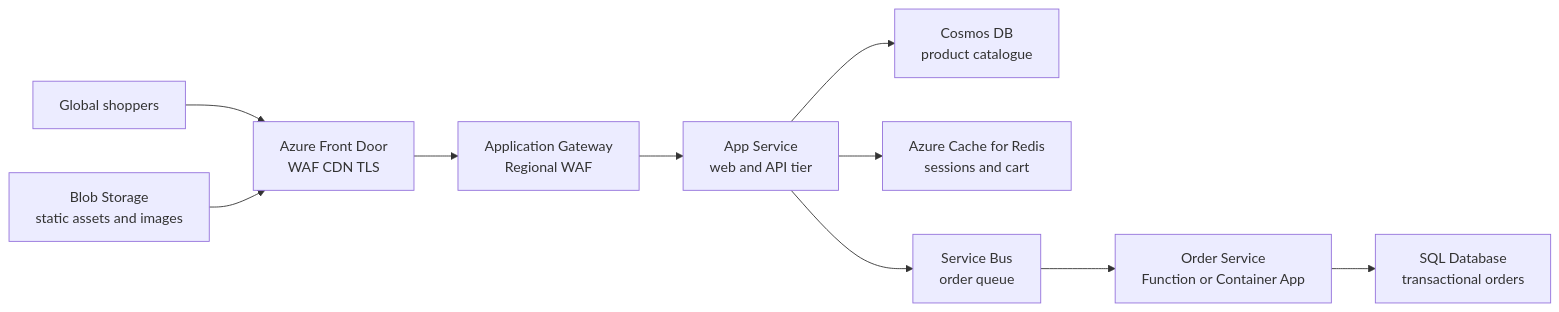
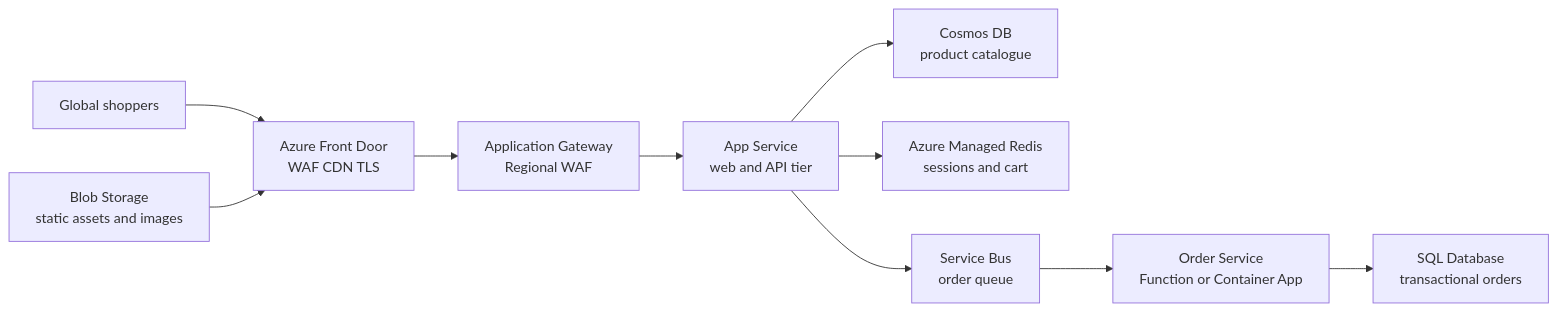
Before and after one commit to marcogrimaldi29/az-305-study-notes: diagram 13 of 14 in 07-azure-architectures.md, drawn with Mermaid. The commit also changed other lines of this file, not shown here.

Commit message:
Updated naming for AMR

````diff
--- a/07-azure-architectures.md
+++ b/07-azure-architectures.md
@@ -577,12 +577,12 @@
 ```mermaid
 graph LR
     USERS[Global shoppers] --> AFD3[Azure Front Door\nWAF CDN TLS]
     AFD3 --> AGW3[Application Gateway\nRegional WAF]
     AGW3 --> WEB[App Service\nweb and API tier]
     WEB --> COSMOS3[Cosmos DB\nproduct catalogue]
-    WEB --> REDIS[Azure Cache for Redis\nsessions and cart]
+    WEB --> REDIS[Azure Managed Redis\nsessions and cart]
     WEB --> SB3[Service Bus\norder queue]
     SB3 --> ORD[Order Service\nFunction or Container App]
     ORD --> SQLR[SQL Database\ntransactional orders]
     BLOB3[Blob Storage\nstatic assets and images] --> AFD3
 ```
````
